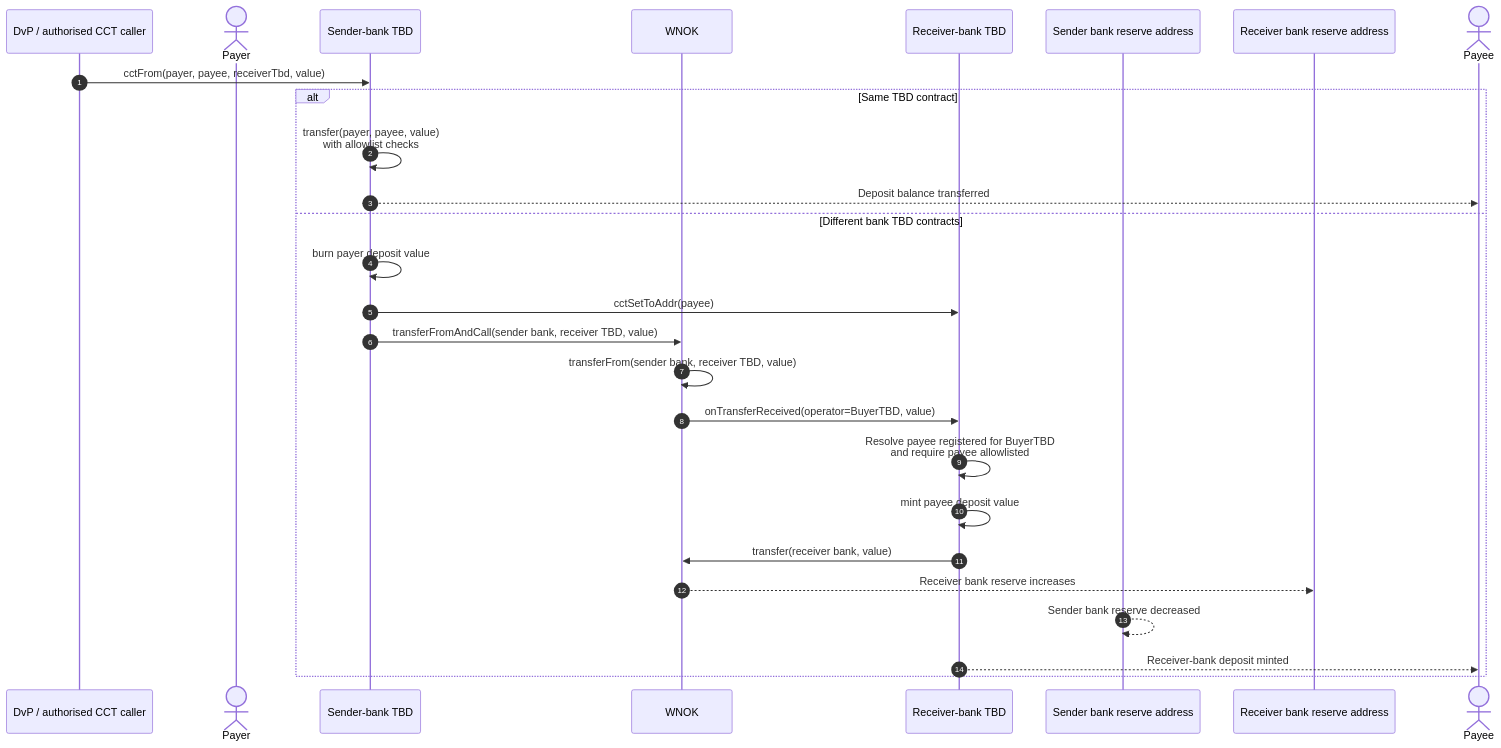
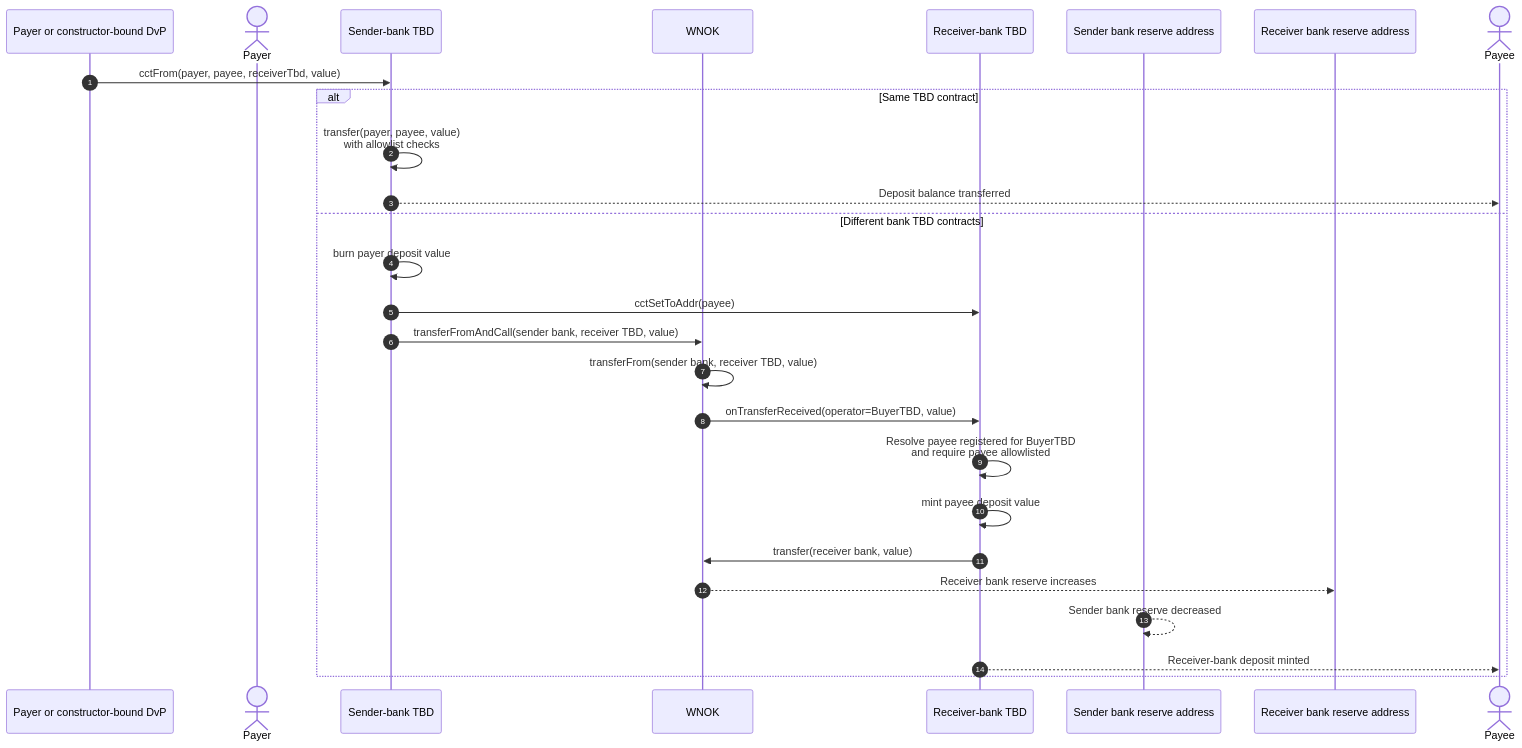
One commit to Norges-Bank-CBDC-Lab/cbdc-tokenization-sandbox changed the diagram in docs/diagrams/processes/tbd-cross-bank-transfer.md. Above: the diagram before and after it, drawn with Mermaid. The commit also changed other lines of this file and 30 other files, not shown here.

First line of the commit message:
Tbd: bind cctFrom to the payer and remove the unused nomination path (#300)

````diff
--- a/docs/diagrams/processes/tbd-cross-bank-transfer.md
+++ b/docs/diagrams/processes/tbd-cross-bank-transfer.md
@@ -7,31 +7,31 @@
 ```mermaid
 sequenceDiagram
     autonumber
-    participant Caller as DvP / authorised CCT caller
+    participant Caller as Payer or constructor-bound DvP
     actor Payer
     participant BuyerTBD as Sender-bank TBD
     participant WNOK as WNOK
     participant SellerTBD as Receiver-bank TBD
     participant BuyerBank as Sender bank reserve address
     participant SellerBank as Receiver bank reserve address
     actor Payee
 
     Caller->>BuyerTBD: cctFrom(payer, payee, receiverTbd, value)
 
     alt Same TBD contract
         BuyerTBD->>BuyerTBD: transfer(payer, payee, value)<br/>with allowlist checks
         BuyerTBD-->>Payee: Deposit balance transferred
     else Different bank TBD contracts
         BuyerTBD->>BuyerTBD: burn payer deposit value
         BuyerTBD->>SellerTBD: cctSetToAddr(payee)
         BuyerTBD->>WNOK: transferFromAndCall(sender bank, receiver TBD, value)
         WNOK->>WNOK: transferFrom(sender bank, receiver TBD, value)
         WNOK->>SellerTBD: onTransferReceived(operator=BuyerTBD, value)
         SellerTBD->>SellerTBD: Resolve payee registered for BuyerTBD<br/>and require payee allowlisted
         SellerTBD->>SellerTBD: mint payee deposit value
         SellerTBD->>WNOK: transfer(receiver bank, value)
         WNOK-->>SellerBank: Receiver bank reserve increases
         BuyerBank-->>BuyerBank: Sender bank reserve decreased
         SellerTBD-->>Payee: Receiver-bank deposit minted
     end
 ```
````
